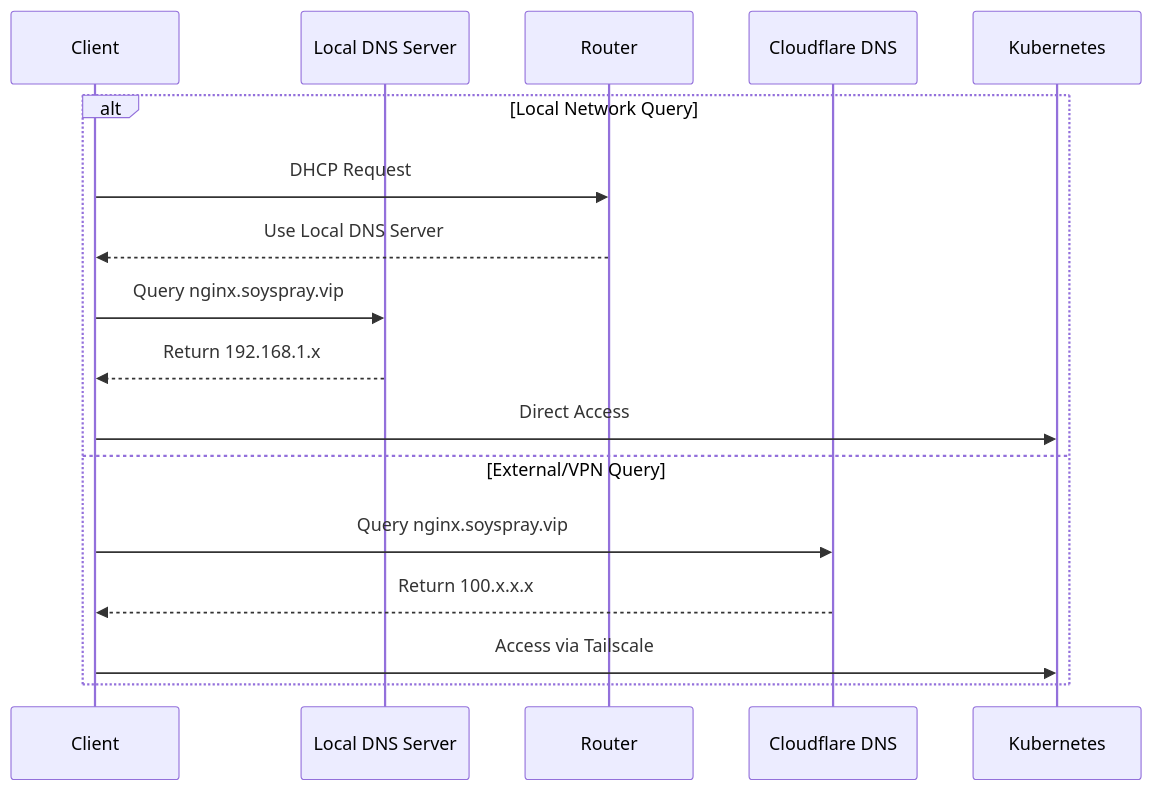
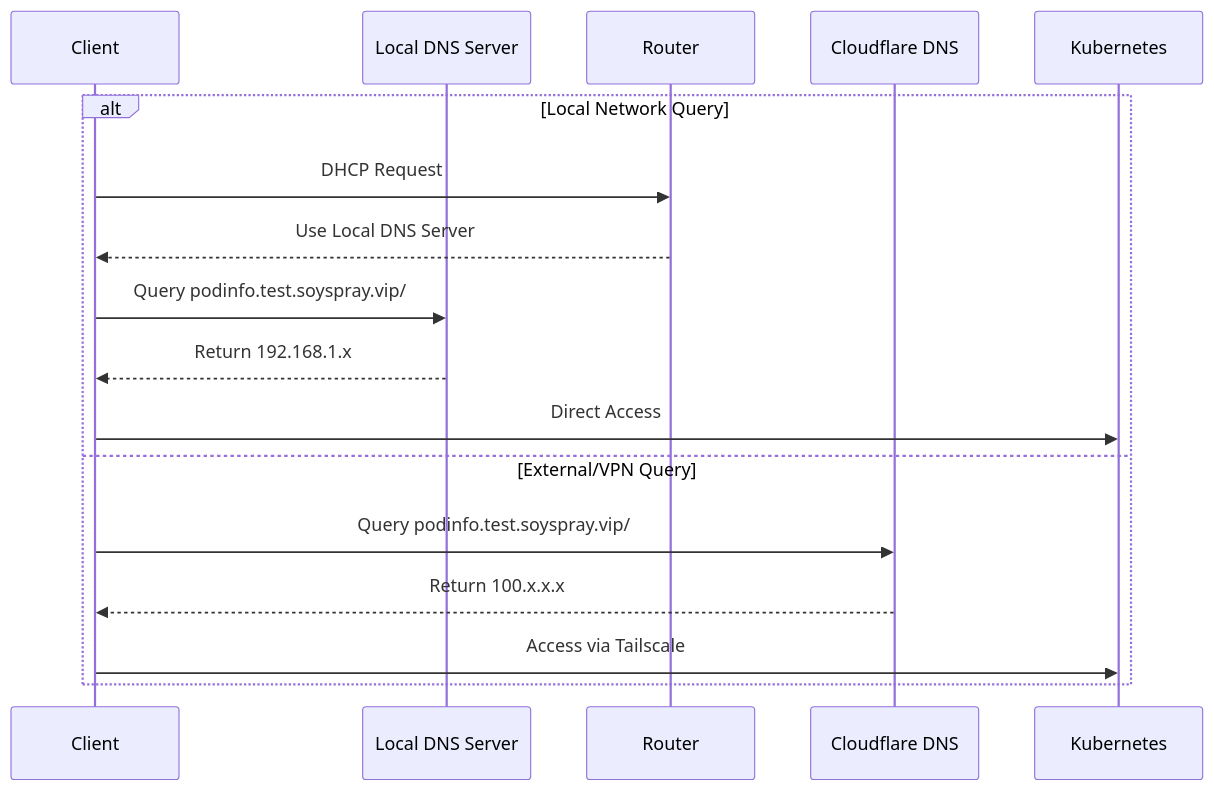
Before and after one commit to kpoxo6op/soyspray: the third of 3 diagrams in soydocs/local-dns-override-plan.md, drawn with Mermaid. The commit also changed other lines of this file and 1 other file, not shown here.

Commit message:
external-dns.alpha.kubernetes.io/hostname: "podinfo.test.soyspray.vip"

````diff
--- a/soydocs/local-dns-override-plan.md
+++ b/soydocs/local-dns-override-plan.md
@@ -60,20 +60,20 @@
 ```mermaid
 sequenceDiagram
     participant Client
     participant LocalDNS as Local DNS Server
     participant Router
     participant Cloudflare as Cloudflare DNS
     participant K8s as Kubernetes
 
     alt Local Network Query
         Client->>Router: DHCP Request
         Router-->>Client: Use Local DNS Server
-        Client->>LocalDNS: Query nginx.soyspray.vip
+        Client->>LocalDNS: Query podinfo.test.soyspray.vip/
         LocalDNS-->>Client: Return 192.168.1.x
         Client->>K8s: Direct Access
     else External/VPN Query
-        Client->>Cloudflare: Query nginx.soyspray.vip
+        Client->>Cloudflare: Query podinfo.test.soyspray.vip/
         Cloudflare-->>Client: Return 100.x.x.x
         Client->>K8s: Access via Tailscale
     end
 ```
````
